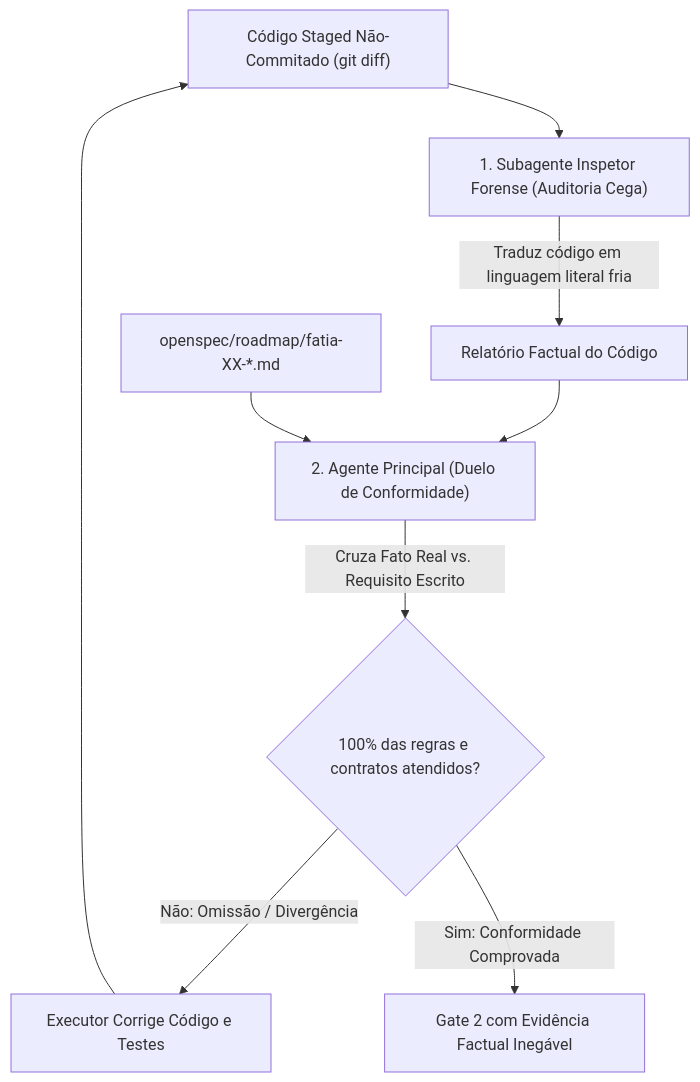
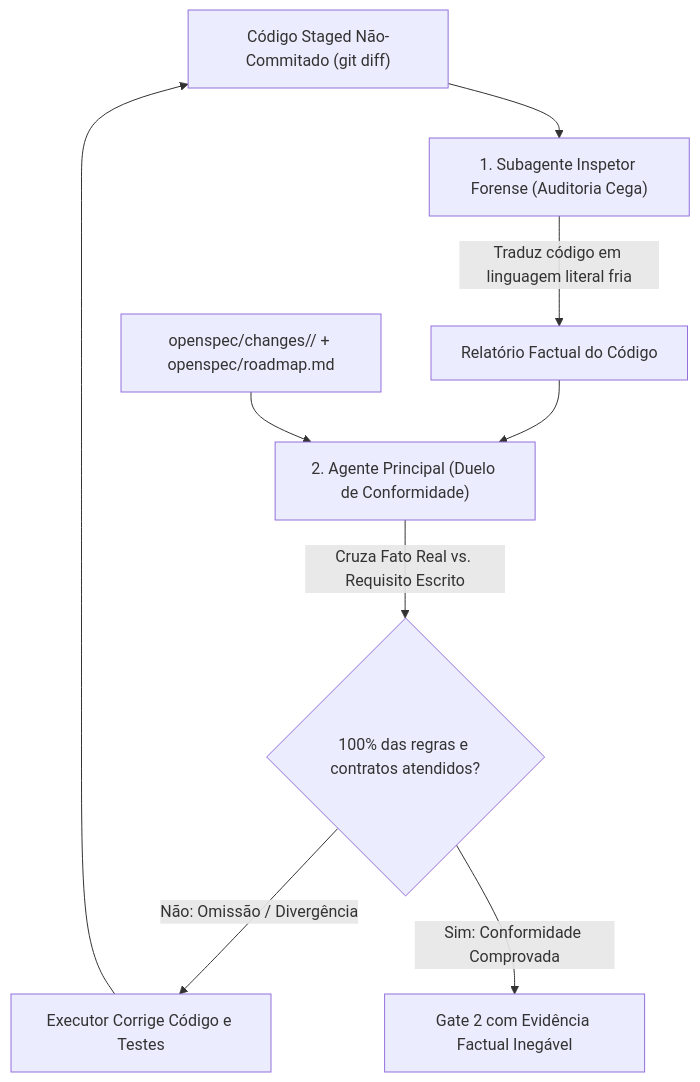
One commit to MRodrigoRS/governanca-agentica changed the diagram in template/.agents/skills/revisar-fatia/SKILL.md. Above: the diagram before and after it, drawn with Mermaid. The commit also changed other lines of this file and 30 other files, not shown here.

````diff
--- a/template/.agents/skills/revisar-fatia/SKILL.md
+++ b/template/.agents/skills/revisar-fatia/SKILL.md
@@ -10,11 +10,11 @@
 ```mermaid
 flowchart TD
     A["Código Staged Não-Commitado (git diff)"] --> B["1. Subagente Inspetor Forense (Auditoria Cega)"]
     B -->|Traduz código em linguagem literal fria| C["Relatório Factual do Código"]
     C --> D["2. Agente Principal (Duelo de Conformidade)"]
-    E["openspec/roadmap/fatia-XX-*.md"] --> D
+    E["openspec/changes/<fatia>/ + openspec/roadmap.md"] --> D
     D -->|Cruza Fato Real vs. Requisito Escrito| F{"100% das regras e contratos atendidos?"}
     F -->|Não: Omissão / Divergência| G["Executor Corrige Código e Testes"]
     G --> A
     F -->|Sim: Conformidade Comprovada| H["Gate 2 com Evidência Factual Inegável"]
 ```
````
